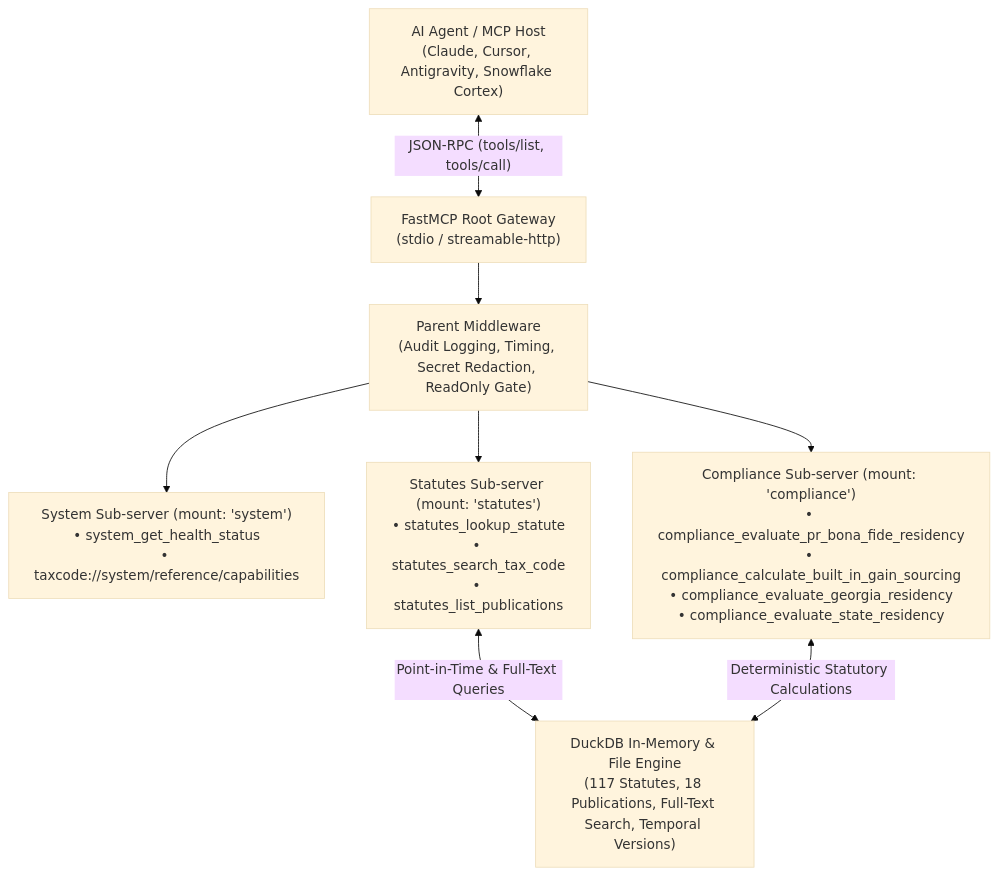
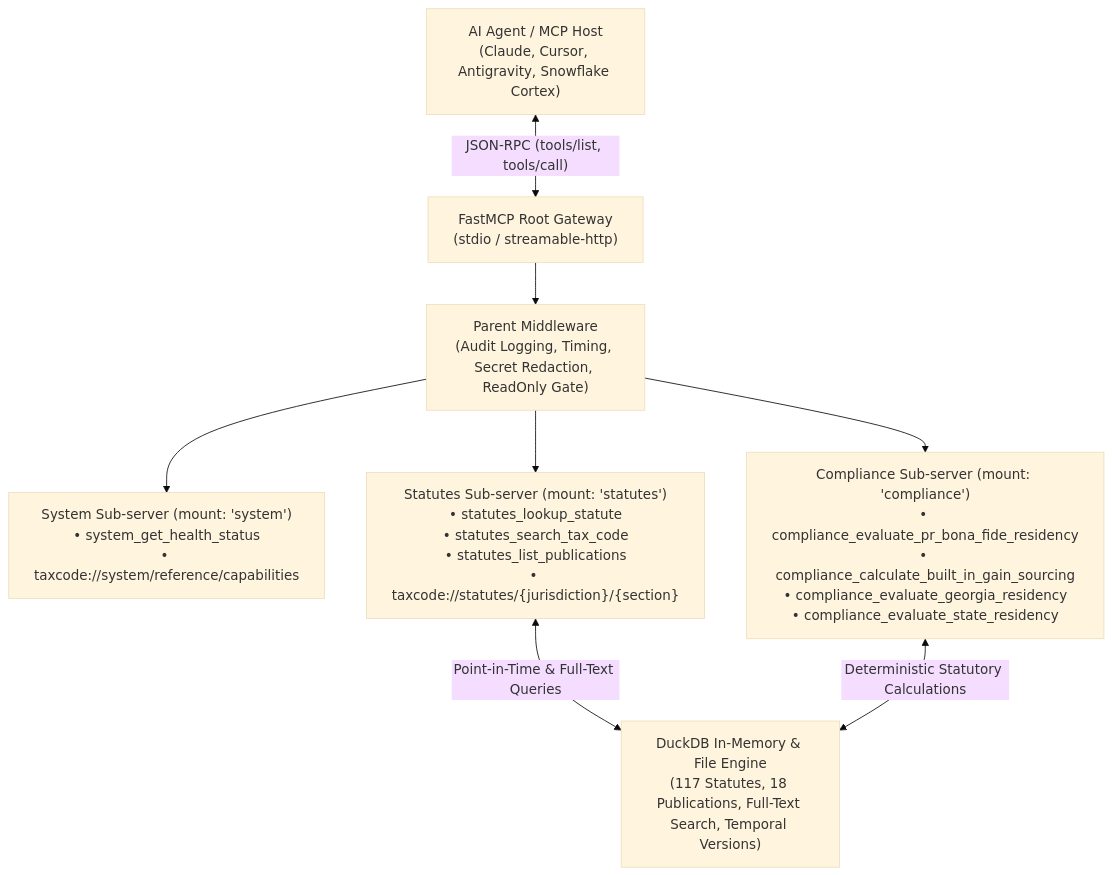
Before and after one commit to christianclaudio/mcp-server-taxcode: the diagram in README.md, drawn with Mermaid (base theme). The commit also changed other lines of this file and 183 other files, not shown here.

````diff
--- a/README.md
+++ b/README.md
@@ -22,18 +22,18 @@
 ```mermaid
 graph TD
     Client["AI Agent / MCP Host<br>(Claude, Cursor, Antigravity, Snowflake Cortex)"]
     Gateway["FastMCP Root Gateway<br>(stdio / streamable-http)"]
     ParentMW["Parent Middleware<br>(Audit Logging, Timing, Secret Redaction, ReadOnly Gate)"]
     SysSub["System Sub-server (mount: 'system')<br>• system_get_health_status<br>• taxcode://system/reference/capabilities"]
-    StatSub["Statutes Sub-server (mount: 'statutes')<br>• statutes_lookup_statute<br>• statutes_search_tax_code<br>• statutes_list_publications"]
+    StatSub["Statutes Sub-server (mount: 'statutes')<br>• statutes_lookup_statute<br>• statutes_search_tax_code<br>• statutes_list_publications<br>• taxcode://statutes/{jurisdiction}/{section}"]
     CompSub["Compliance Sub-server (mount: 'compliance')<br>• compliance_evaluate_pr_bona_fide_residency<br>• compliance_calculate_built_in_gain_sourcing<br>• compliance_evaluate_georgia_residency<br>• compliance_evaluate_state_residency"]
     DuckDB["DuckDB In-Memory & File Engine<br>(117 Statutes, 18 Publications, Full-Text Search, Temporal Versions)"]
 
     Client <-->|"JSON-RPC (tools/list, tools/call)"| Gateway
     Gateway --> ParentMW
     ParentMW --> SysSub
     ParentMW --> StatSub
     ParentMW --> CompSub
     StatSub <-->|"Point-in-Time & Full-Text Queries"| DuckDB
     CompSub <-->|"Deterministic Statutory Calculations"| DuckDB
 ```
````
